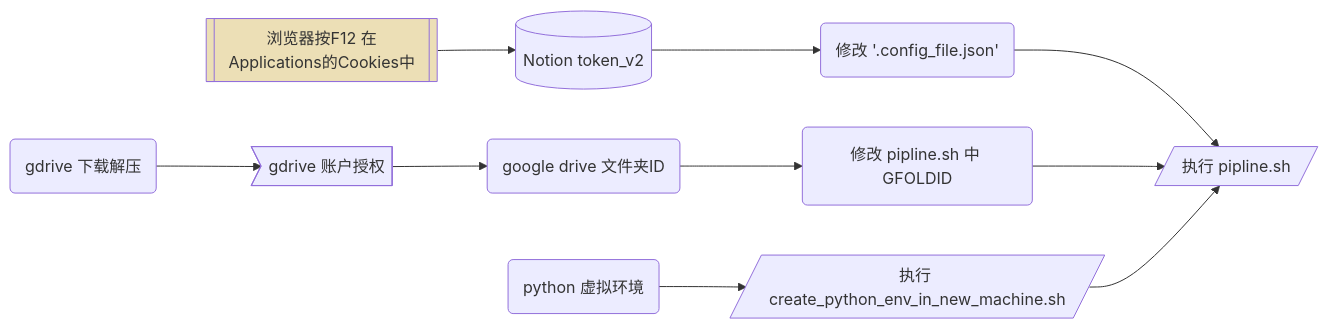
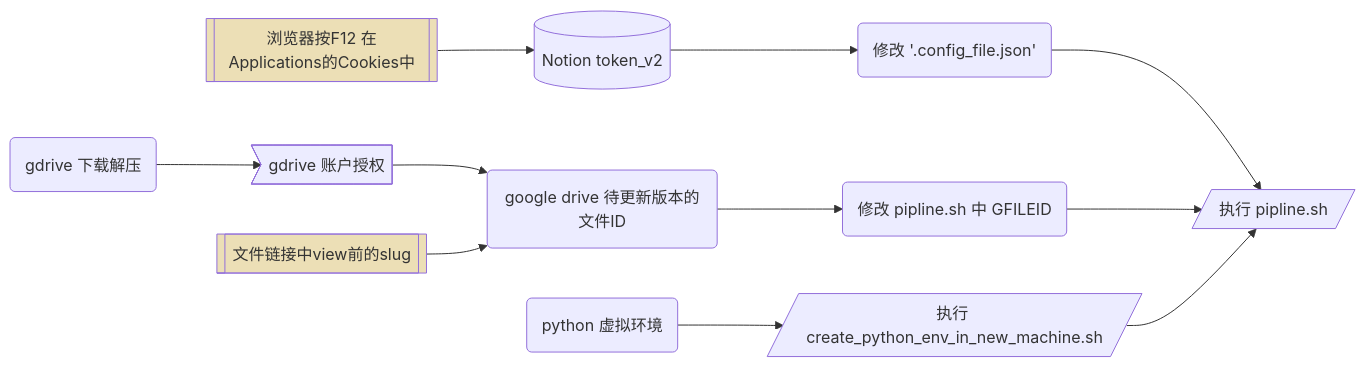
The diagram in README.md (dario-github/notion_auto_backup), drawn with Mermaid before and after one commit.

````diff
--- a/README.md
+++ b/README.md
@@ -15,11 +15,13 @@
 ```mermaid
 flowchart LR
     A0[[浏览器按F12 在Applications的Cookies中]] --> A
     A[(Notion token_v2)] --> A1(修改 '.config_file.json')
-    B(gdrive 下载解压) --> B1>gdrive 账户授权] --> B2(google drive 文件夹ID) -->B3(修改 pipline.sh 中 GFOLDID)
+    B(gdrive 下载解压) --> B1>gdrive 账户授权] --> B2(google drive 待更新版本的文件ID) -->B3(修改 pipline.sh 中 GFILEID)
     C(python 虚拟环境) --> C1[/执行 create_python_env_in_new_machine.sh/]
+    B22[[文件链接中view前的slug]] --> B2
     A1 & B3 & C1 --> D[/执行 pipline.sh/]
 
     style A0 fill:#ecdfb6
+    style B22 fill:#ecdfb6
 
 ```
````
